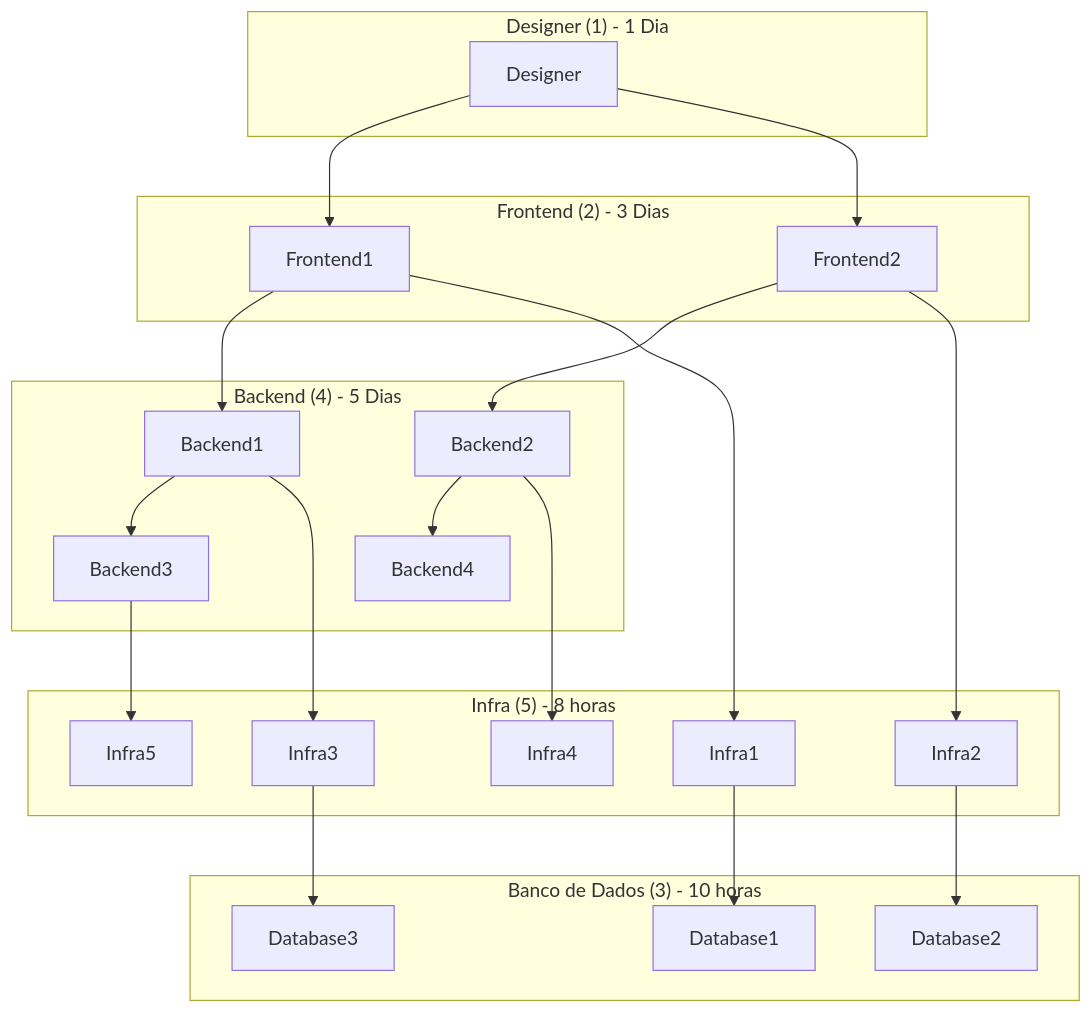
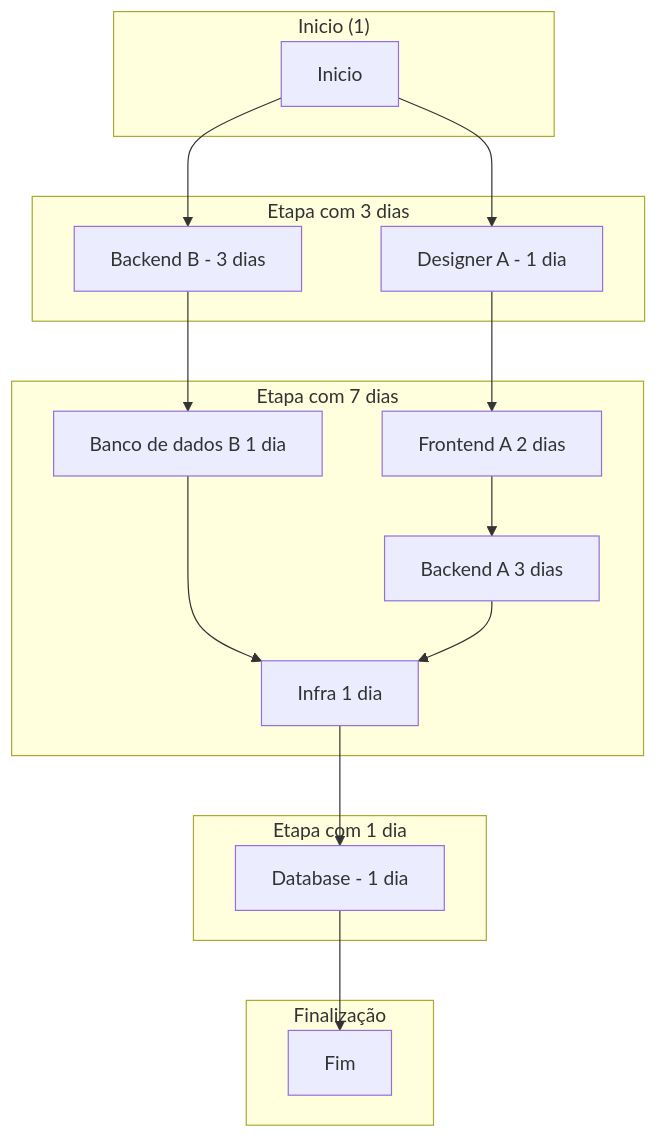
One commit to rafaelrvs/Diagrama-de-classe-umc changed the third of 3 diagrams in README.md. Above: the diagram before and after it, drawn with Mermaid.

````diff
--- a/README.md
+++ b/README.md
@@ -84,48 +84,48 @@
 ```mermaid
 graph TD;
-    subgraph "Designer (1) - 1 Dia"
-        A[Designer]
+    subgraph "Inicio (1)"
+        A[Inicio]
+ 
     end
 
-    subgraph "Frontend (2) - 3 Dias "
-        B[Frontend1]
-        C[Frontend2]
+    subgraph "Etapa com 3 dias "
+        B[Designer A - 1 dia ]
+        C[Backend  B - 3 dias]
     end
 
-    subgraph "Backend (4) -  5 Dias"
-        D[Backend1]
-        E[Backend2]
-        F[Backend3]
-        G[Backend4]
+    subgraph "Etapa com 7 dias"
+        D[Frontend  A 2 dias ]
+        E[Banco de dados B 1 dia ]
+        F[Backend A 3 dias]
+        G[Infra 1 dia]
+    
     end
 
-    subgraph "Infra (5) - 8 horas"
-        H[Infra1]
-        I[Infra2]
-        J[Infra3]
-        K[Infra4]
-        L[Infra5]
+
+
+    subgraph "Etapa com 1 dia"
+        I[Database - 1 dia]
+    
     end
-
-    subgraph "Banco de Dados (3) - 10 horas"
-        M[Database1]
-        N[Database2]
-        O[Database3]
+    subgraph "Finalização"
+        J[Fim]
+    
     end
 
     A --> B
     A --> C
     B --> D
     C --> E
     D --> F
     E --> G
-    B --> H
-    C --> I
-    D --> J
-    E --> K
-    F --> L
-    H --> M
-    I --> N
-    J --> O
+    G --> I
+    F --> G
+    I --> J
+
+ 
+
+  
+ 
+
 
 ```
````
